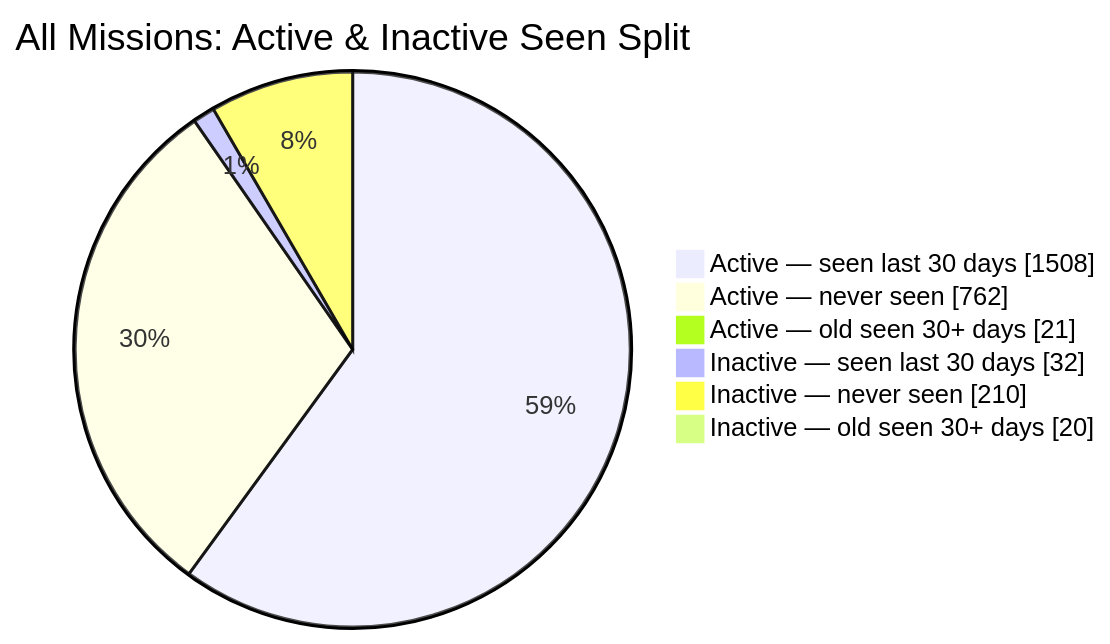
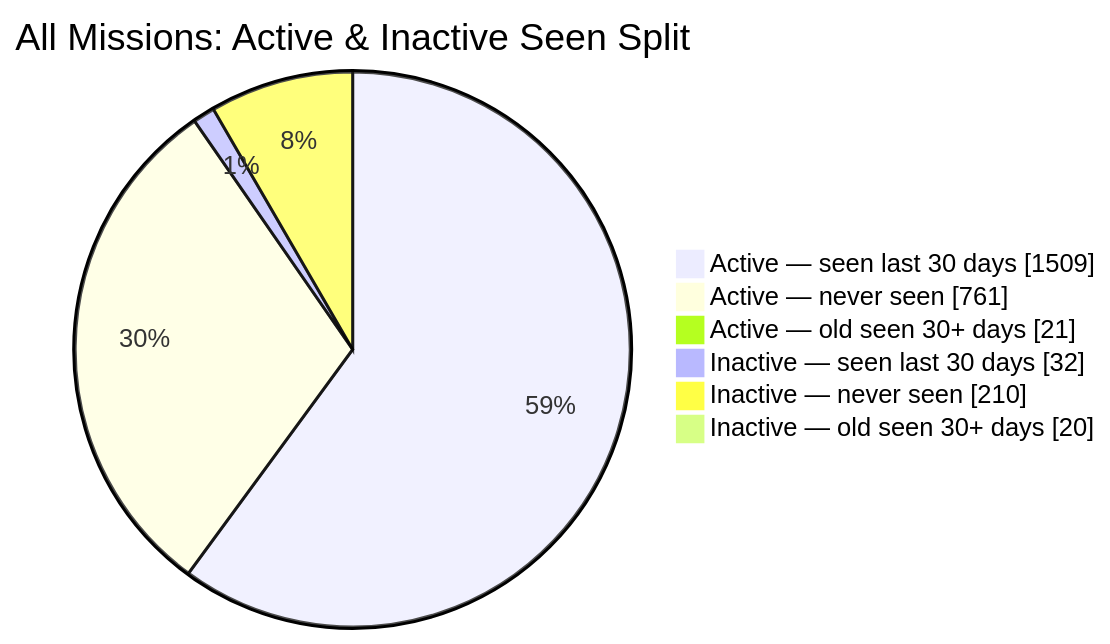
One commit to MeldkamerspelGameTeam/active-missions changed the second of 2 diagrams in README.md. Above: the diagram before and after it, drawn with Mermaid. The commit also changed other lines of this file and 7 other files, not shown here.

````diff
--- a/README.md
+++ b/README.md
@@ -44,10 +44,10 @@
 ```mermaid
 pie showData
     title All Missions: Active & Inactive Seen Split
-    "Active — seen last 30 days" : 1508
-    "Active — never seen" : 762
+    "Active — seen last 30 days" : 1509
+    "Active — never seen" : 761
     "Active — old seen 30+ days" : 21
     "Inactive — seen last 30 days" : 32
     "Inactive — never seen" : 210
     "Inactive — old seen 30+ days" : 20
 ```
````
